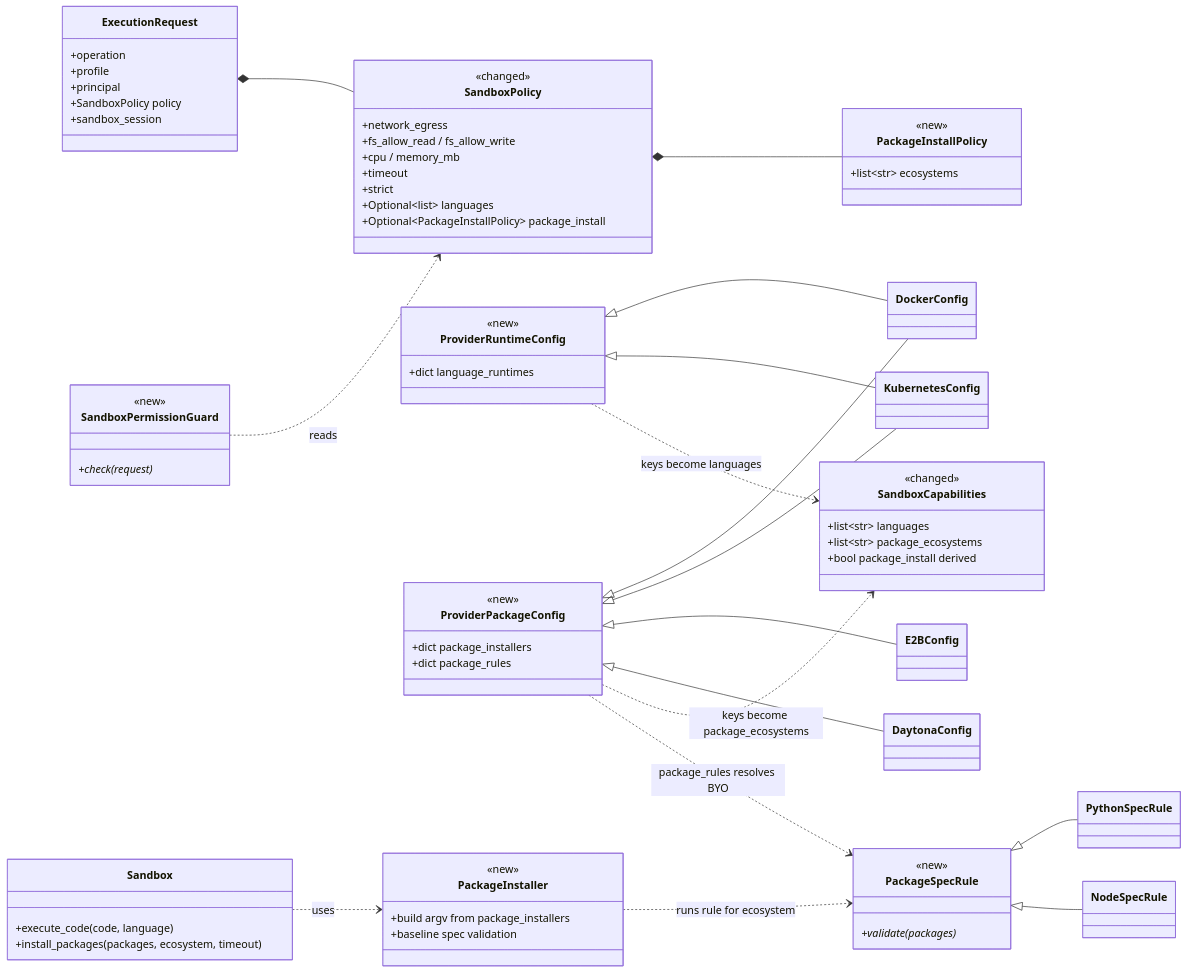
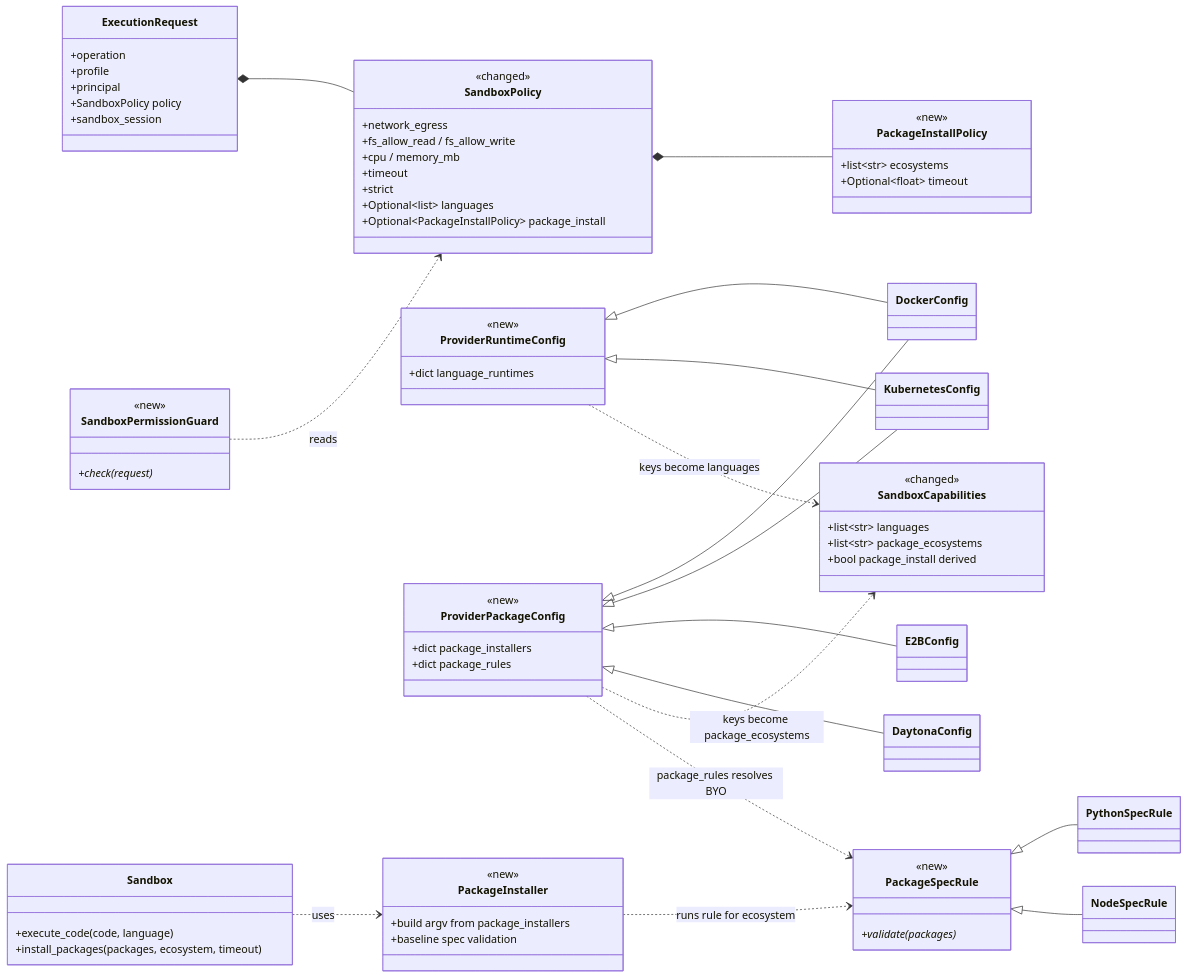
Before and after one commit to yaalalabs/agent-kernel: the fourth of 7 diagrams in docs/specs/692-sandbox-extended-permissions/research/diagrams.md, drawn with Mermaid. The commit also changed other lines of this file and 2 other files, not shown here.

````diff
--- a/docs/specs/692-sandbox-extended-permissions/research/diagrams.md
+++ b/docs/specs/692-sandbox-extended-permissions/research/diagrams.md
@@ -105,79 +105,80 @@
 ```mermaid
 classDiagram
   direction LR
   class ExecutionRequest {
     +operation
     +profile
     +principal
     +SandboxPolicy policy
     +sandbox_session
   }
   class SandboxPolicy {
     <<changed>>
     +network_egress
     +fs_allow_read / fs_allow_write
     +cpu / memory_mb
     +timeout
     +strict
     +Optional~list~ languages
     +Optional~PackageInstallPolicy~ package_install
   }
   class PackageInstallPolicy {
     <<new>>
     +list~str~ ecosystems
+    +Optional~float~ timeout
   }
   class ProviderRuntimeConfig {
     <<new>>
     +dict language_runtimes
   }
   class ProviderPackageConfig {
     <<new>>
     +dict package_installers
     +dict package_rules
   }
   class DockerConfig
   class KubernetesConfig
   class E2BConfig
   class DaytonaConfig
   class SandboxCapabilities {
     <<changed>>
     +list~str~ languages
     +list~str~ package_ecosystems
     +bool package_install derived
   }
   class SandboxPermissionGuard {
     <<new>>
     +check(request)*
   }
   class Sandbox {
     +execute_code(code, language)
     +install_packages(packages, ecosystem, timeout)
   }
   class PackageInstaller {
     <<new>>
     +build argv from package_installers
     +baseline spec validation
   }
   class PackageSpecRule {
     <<new>>
     +validate(packages)*
   }
   class PythonSpecRule
   class NodeSpecRule
   ExecutionRequest *-- SandboxPolicy
   SandboxPolicy *-- PackageInstallPolicy
   ProviderRuntimeConfig <|-- DockerConfig
   ProviderRuntimeConfig <|-- KubernetesConfig
   ProviderPackageConfig <|-- DockerConfig
   ProviderPackageConfig <|-- KubernetesConfig
   ProviderPackageConfig <|-- E2BConfig
   ProviderPackageConfig <|-- DaytonaConfig
   ProviderRuntimeConfig ..> SandboxCapabilities : keys become languages
   ProviderPackageConfig ..> SandboxCapabilities : keys become package_ecosystems
   SandboxPermissionGuard ..> SandboxPolicy : reads
   Sandbox ..> PackageInstaller : uses
   PackageSpecRule <|-- PythonSpecRule
   PackageSpecRule <|-- NodeSpecRule
   PackageInstaller ..> PackageSpecRule : runs rule for ecosystem
   ProviderPackageConfig ..> PackageSpecRule : package_rules resolves BYO
 ```
````
